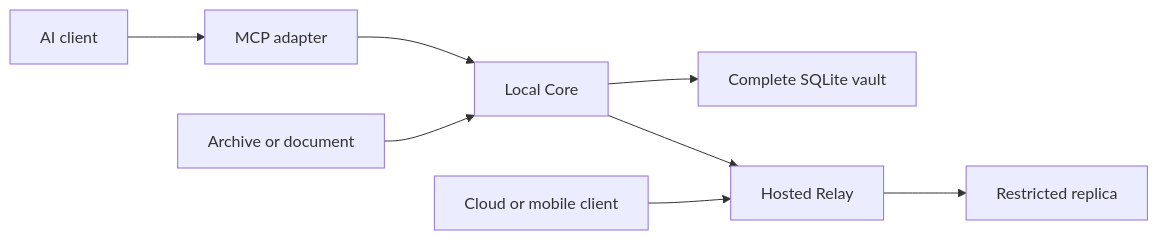
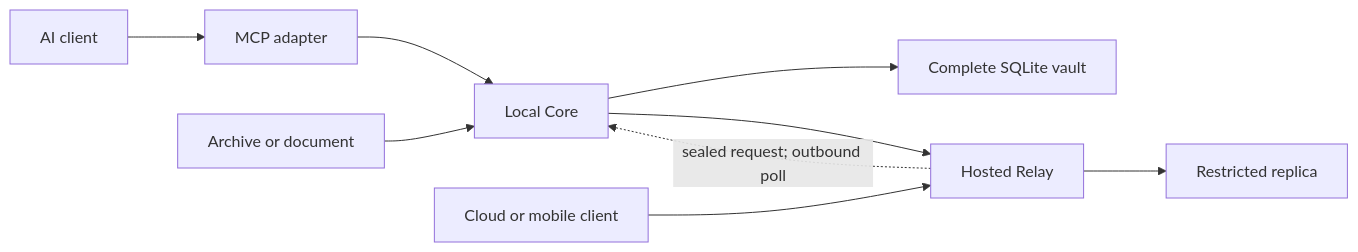
Before and after one commit to Martian-ux/All-The-Context: the diagram in docs/architecture/ARCHITECTURE.md, drawn with Mermaid. The commit also changed other lines of this file and 38 other files, not shown here.

````diff
--- a/docs/architecture/ARCHITECTURE.md
+++ b/docs/architecture/ARCHITECTURE.md
@@ -22,10 +22,11 @@
 ```mermaid
 flowchart LR
   AI["AI client"] --> MCP["MCP adapter"]
   MCP --> Core["Local Core"]
   Import["Archive or document"] --> Core
   Core --> CoreDB["Complete SQLite vault"]
   Core --> Relay["Hosted Relay"]
+  Relay -. "sealed request; outbound poll" .-> Core
   Relay --> RelayDB["Restricted replica"]
   Cloud["Cloud or mobile client"] --> Relay
 ```
````
